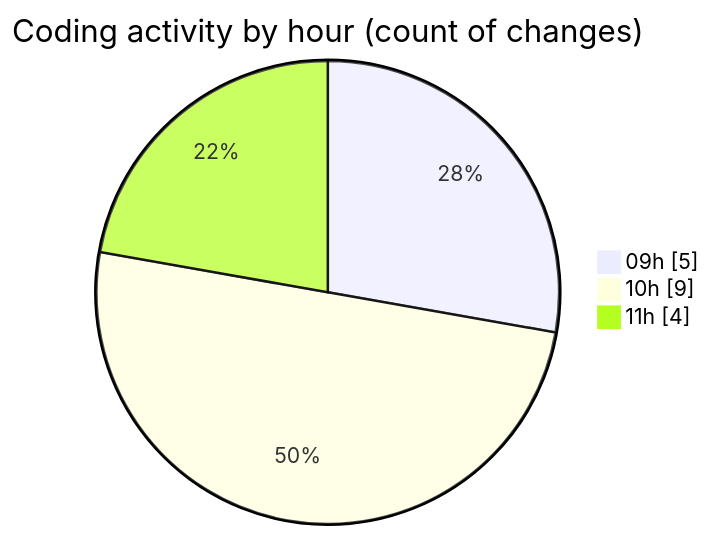
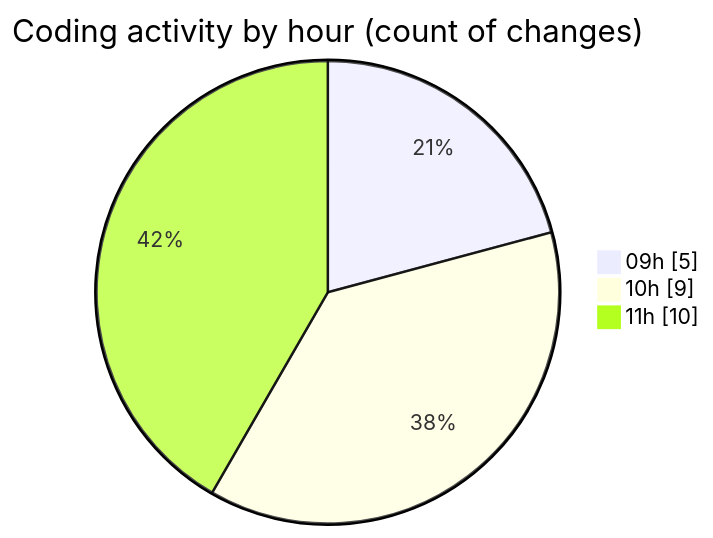
One commit to momahboobian/code-tracking changed the second of 2 diagrams in 2025-02-03/cda/README.md. Above: the diagram before and after it, drawn with Mermaid. The commit also changed other lines of this file and 1 other file, not shown here.

````diff
--- a/2025-02-03/cda/README.md
+++ b/2025-02-03/cda/README.md
@@ -30,7 +30,7 @@
 ```mermaid
 pie showData
 title Coding activity by hour (count of changes)
 "09h" : 5
 "10h" : 9
-"11h" : 4
+"11h" : 10
 ```
````
